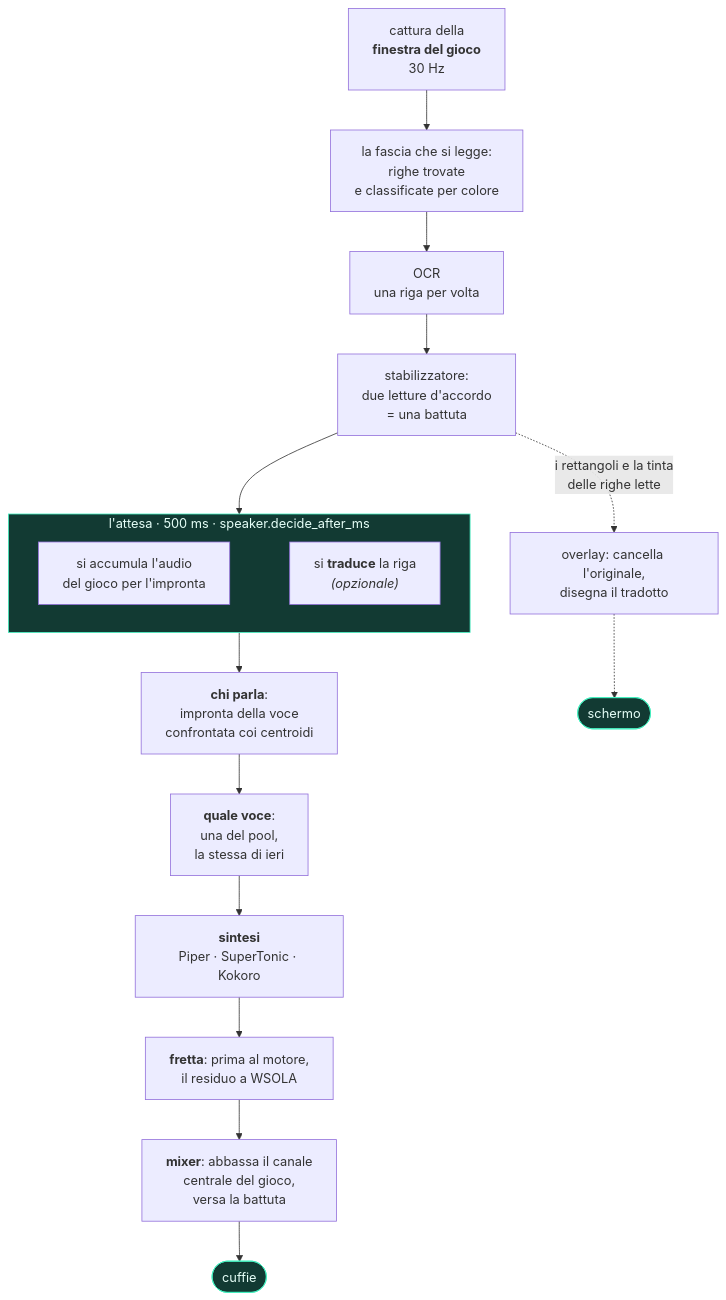
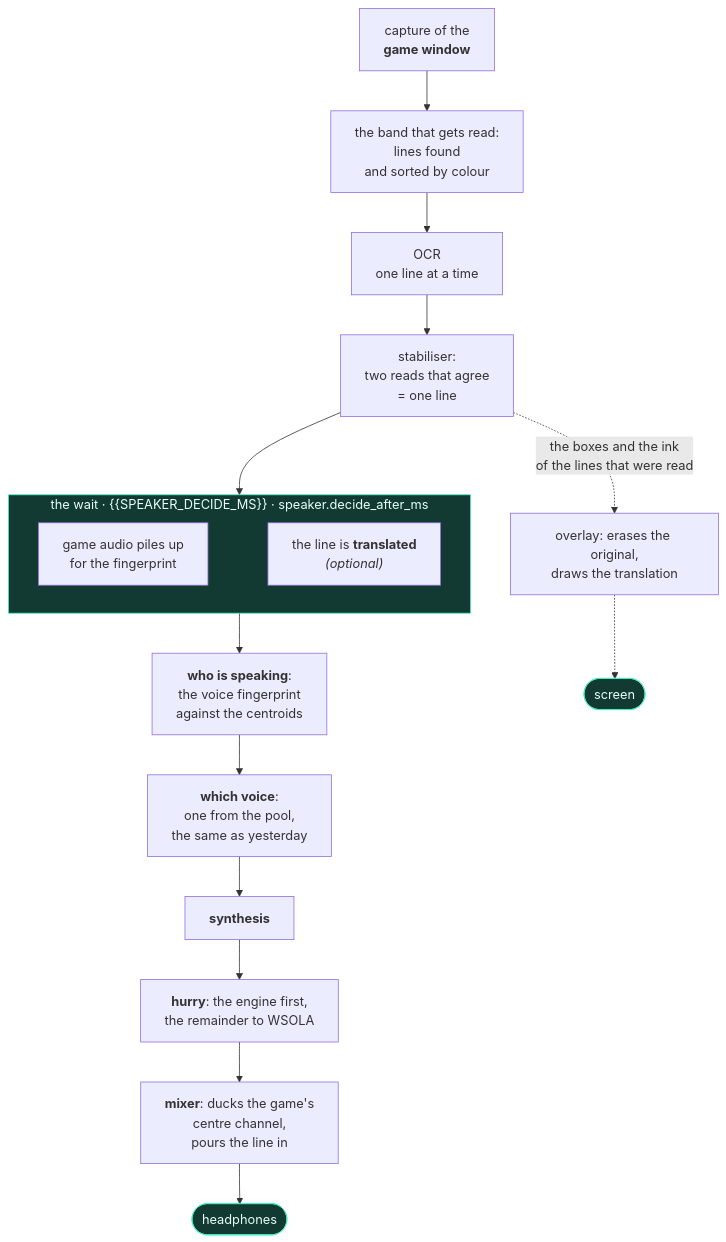
The diagram in README.md (pigro141/livedub), drawn with Mermaid before and after one commit. The commit also changed other lines of this file and 16 other files, not shown here.

First line of the commit message:
La vetrina e' in inglese e parla sette lingue, e i numeri che non ci sono si vedono

````diff
--- a/README.md
+++ b/README.md
@@ -126,26 +131,26 @@
 ```mermaid
 flowchart TD
-    subgraph W["l'attesa · 500 ms · speaker.decide_after_ms"]
+    subgraph W["the wait · {{SPEAKER_DECIDE_MS}} · speaker.decide_after_ms"]
       direction LR
-      W1["si accumula l'audio<br/>del gioco per l'impronta"]
-      W2["si <b>traduce</b> la riga<br/><i>(opzionale)</i>"]
+      W1["game audio piles up<br/>for the fingerprint"]
+      W2["the line is <b>translated</b><br/><i>(optional)</i>"]
       W1 ~~~ W2
     end
 
-    A["cattura della<br/><b>finestra del gioco</b><br/>30 Hz"] --> B["la fascia che si legge:<br/>righe trovate<br/>e classificate per colore"]
-    B --> C["OCR<br/>una riga per volta"]
-    C --> D["stabilizzatore:<br/>due letture d'accordo<br/>= una battuta"]
+    A["capture of the<br/><b>game window</b>"] --> B["the band that gets read:<br/>lines found<br/>and sorted by colour"]
+    B --> C["OCR<br/>one line at a time"]
+    C --> D["stabiliser:<br/>two reads that agree<br/>= one line"]
     D --> W
-    W --> E["<b>chi parla</b>:<br/>impronta della voce<br/>confrontata coi centroidi"]
-    E --> F["<b>quale voce</b>:<br/>una del pool,<br/>la stessa di ieri"]
-    F --> G["<b>sintesi</b><br/>Piper · SuperTonic · Kokoro"]
-    G --> H["<b>fretta</b>: prima al motore,<br/>il residuo a WSOLA"]
-    H --> I["<b>mixer</b>: abbassa il canale<br/>centrale del gioco,<br/>versa la battuta"]
-    I --> J(["cuffie"])
-    D -.->|"i rettangoli e la tinta<br/>delle righe lette"| K["overlay: cancella l'originale,<br/>disegna il tradotto"]
-    K -.-> L(["schermo"])
+    W --> E["<b>who is speaking</b>:<br/>the voice fingerprint<br/>against the centroids"]
+    E --> F["<b>which voice</b>:<br/>one from the pool,<br/>the same as yesterday"]
+    F --> G["<b>synthesis</b>"]
+    G --> H["<b>hurry</b>: the engine first,<br/>the remainder to WSOLA"]
+    H --> I["<b>mixer</b>: ducks the game's<br/>centre channel,<br/>pours the line in"]
+    I --> J(["headphones"])
+    D -.->|"the boxes and the ink<br/>of the lines that were read"| K["overlay: erases the original,<br/>draws the translation"]
+    K -.-> L(["screen"])
 
     style W fill:#123a33,stroke:#43f1c1,color:#e6fff8
     style J fill:#123a33,stroke:#43f1c1,color:#e6fff8
     style L fill:#123a33,stroke:#43f1c1,color:#e6fff8
 ```
````
